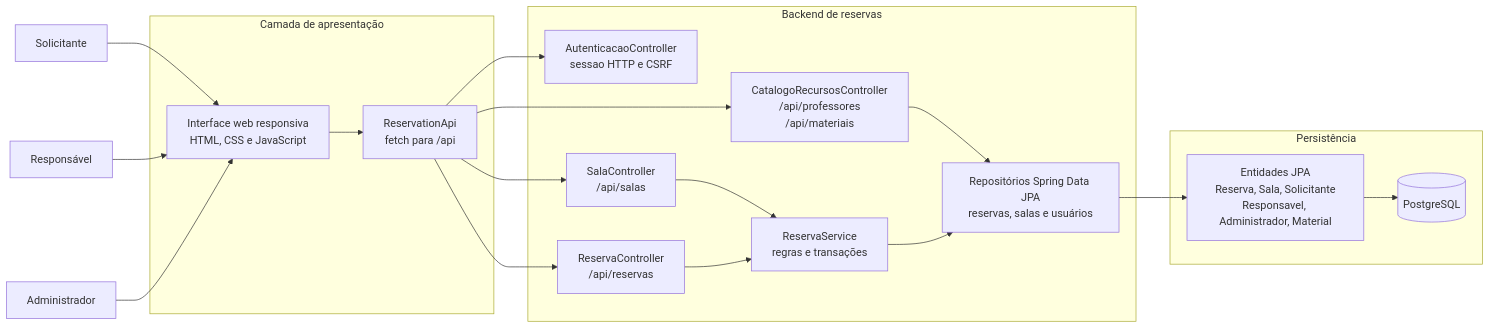
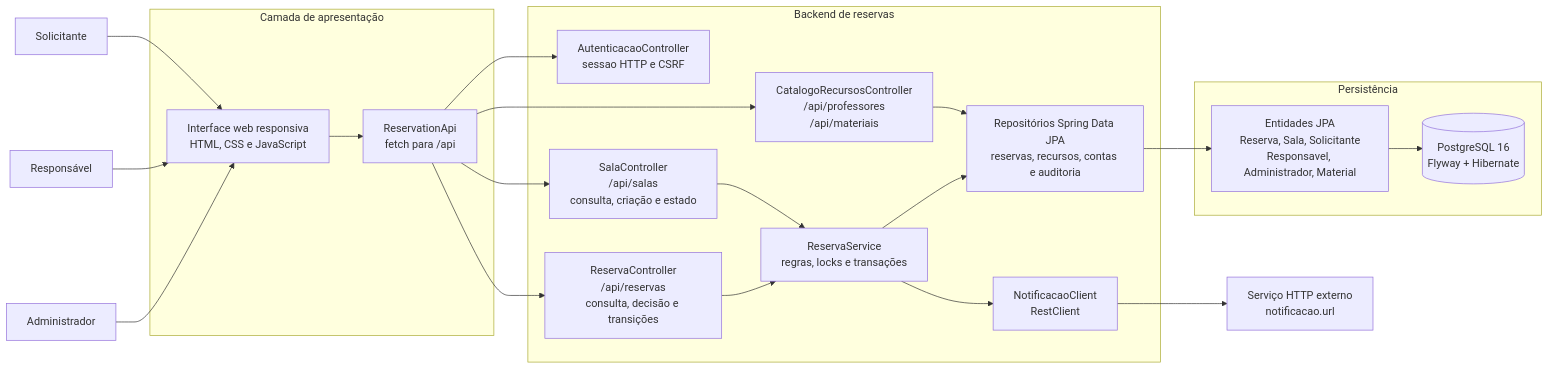
Before and after one commit to D-peu/projeto_qualidade_software: the diagram in docs/prd/modelagem/estatica/componentes.md, drawn with Mermaid. The commit also changed other lines of this file and 7 other files, not shown here.

Commit message:
docs: align API and architecture evidence with implementation

````diff
--- a/docs/prd/modelagem/estatica/componentes.md
+++ b/docs/prd/modelagem/estatica/componentes.md
@@ -13,39 +13,43 @@
 ```mermaid
 flowchart LR
     SOL["Solicitante"]
     RESP["Responsável"]
     ADM["Administrador"]
     subgraph APRES["Camada de apresentação"]
         UI["Interface web responsiva<br/>HTML, CSS e JavaScript"]
         CLIENT["ReservationApi<br/>fetch para /api"]
     end
 
     subgraph API["Backend de reservas"]
         AUTH["AutenticacaoController<br/>sessao HTTP e CSRF"]
-        SALAS["SalaController<br/>/api/salas"]
+        SALAS["SalaController<br/>/api/salas<br/>consulta, criação e estado"]
         CATALOGO["CatalogoRecursosController<br/>/api/professores<br/>/api/materiais"]
-        CONTROLLER["ReservaController<br/>/api/reservas"]
-        SERVICE["ReservaService<br/>regras e transações"]
-        REPOS["Repositórios Spring Data JPA<br/>reservas, salas e usuários"]
+        CONTROLLER["ReservaController<br/>/api/reservas<br/>consulta, decisão e transições"]
+        SERVICE["ReservaService<br/>regras, locks e transações"]
+        REPOS["Repositórios Spring Data JPA<br/>reservas, recursos, contas e auditoria"]
+        NOTIFICADOR["NotificacaoClient<br/>RestClient"]
     end
 
     subgraph DADOS["Persistência"]
         ENTIDADES["Entidades JPA<br/>Reserva, Sala, Solicitante<br/>Responsavel, Administrador, Material"]
-        DB[("PostgreSQL")]
+        DB[("PostgreSQL 16<br/>Flyway + Hibernate")]
     end
+    EXT["Serviço HTTP externo<br/>notificacao.url"]
 
     SOL --> UI
     RESP --> UI
     ADM --> UI
     UI --> CLIENT
     CLIENT --> AUTH
     CLIENT --> SALAS
     CLIENT --> CATALOGO
     CLIENT --> CONTROLLER
     SALAS --> SERVICE
     CATALOGO --> REPOS
     CONTROLLER --> SERVICE
     SERVICE --> REPOS
+    SERVICE --> NOTIFICADOR
+    NOTIFICADOR --> EXT
     REPOS --> ENTIDADES
     ENTIDADES --> DB
 ```
````
